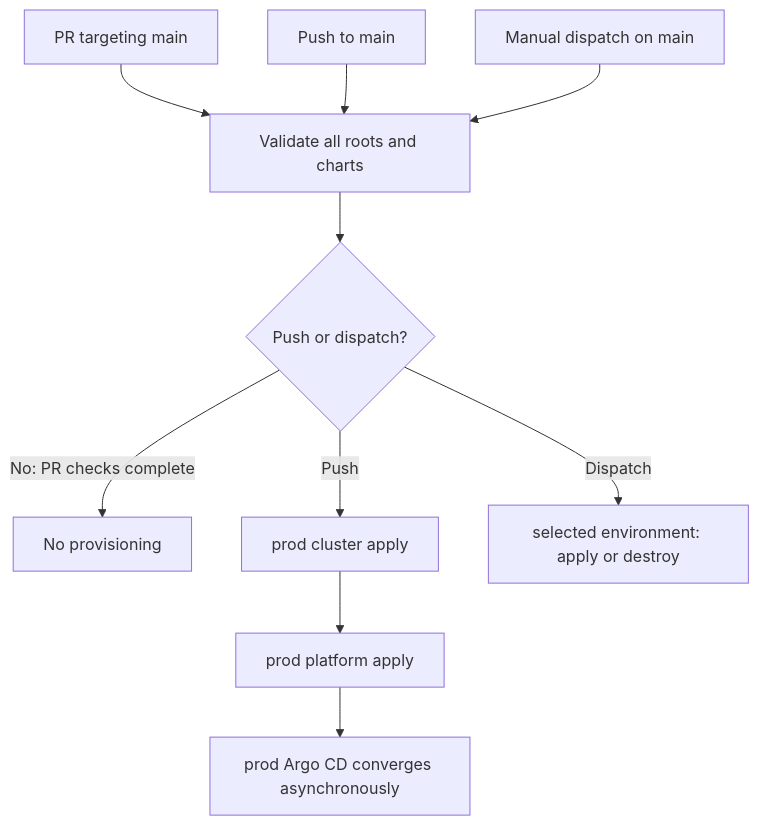
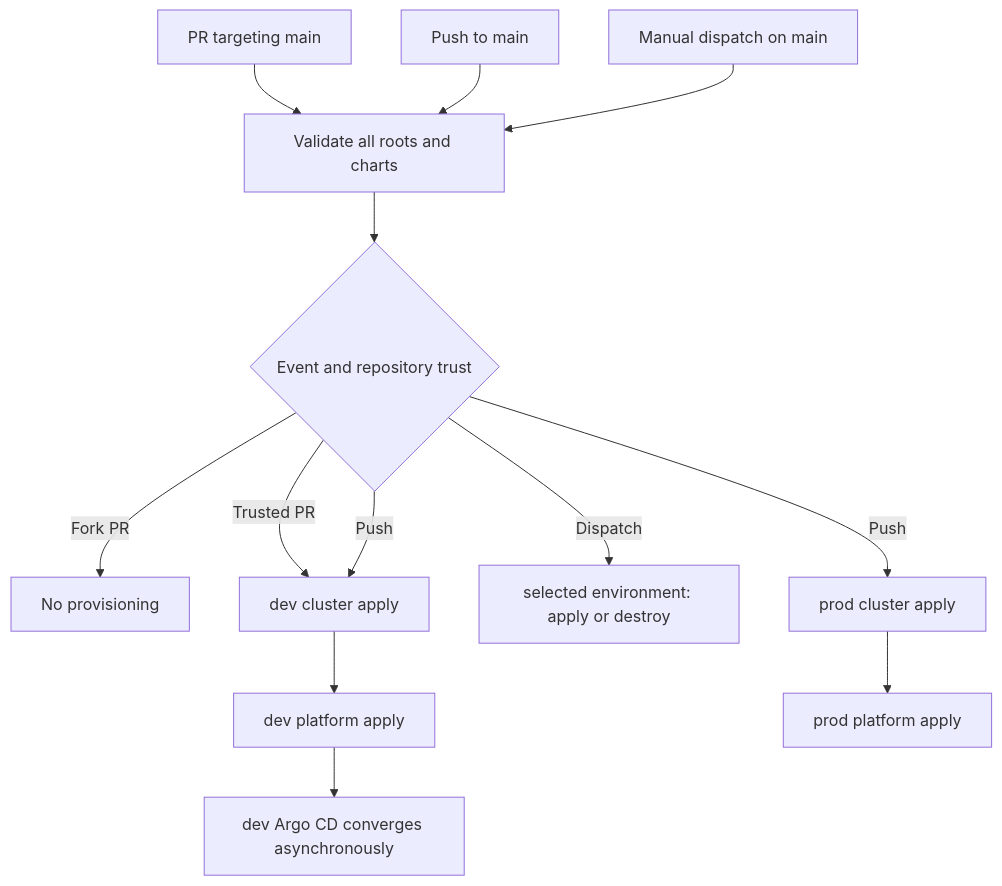
Before and after one commit to phuchoang2603/talos-proxmox: the second of 2 diagrams in docs/architecture/terraform-ci.md, drawn with Mermaid. The commit also changed other lines of this file and 219 other files, not shown here.

First line of the commit message:
Migrate Proxmox dev and AWS prod infrastructure (#100)

````diff
--- a/docs/architecture/terraform-ci.md
+++ b/docs/architecture/terraform-ci.md
@@ -36,12 +36,15 @@
 ```mermaid
 flowchart TD
     PR["PR targeting main"] --> Lint["Validate all roots and charts"]
     Push["Push to main"] --> Lint
     Dispatch["Manual dispatch on main"] --> Lint
-    Lint --> Trigger{"Push or dispatch?"}
-    Trigger -->|"No: PR checks complete"| Done["No provisioning"]
+    Lint --> Trigger{"Event and repository trust"}
+    Trigger -->|"Fork PR"| Done["No provisioning"]
+    Trigger -->|"Trusted PR"| DevCluster
+    Trigger -->|"Push"| DevCluster["dev cluster apply"]
+    Trigger -->|"Dispatch"| Selected["selected environment: apply or destroy"]
+    DevCluster --> DevPlatform["dev platform apply"]
+    DevPlatform --> DevArgo["dev Argo CD converges asynchronously"]
     Trigger -->|"Push"| ProdCluster["prod cluster apply"]
-    Trigger -->|"Dispatch"| Selected["selected environment: apply or destroy"]
     ProdCluster --> ProdPlatform["prod platform apply"]
-    ProdPlatform --> ProdArgo["prod Argo CD converges asynchronously"]
 ```
````
